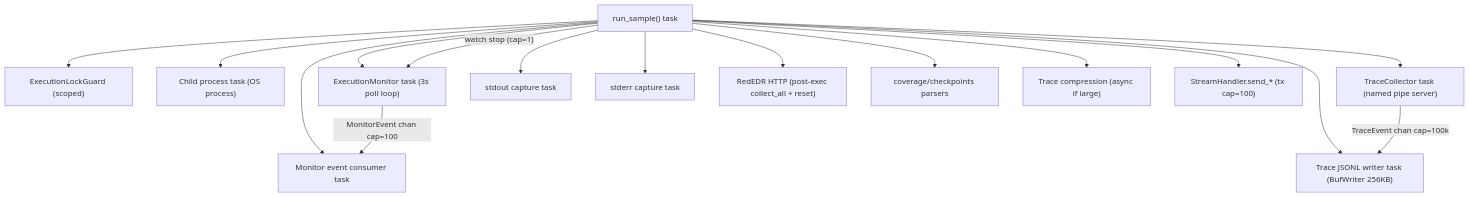
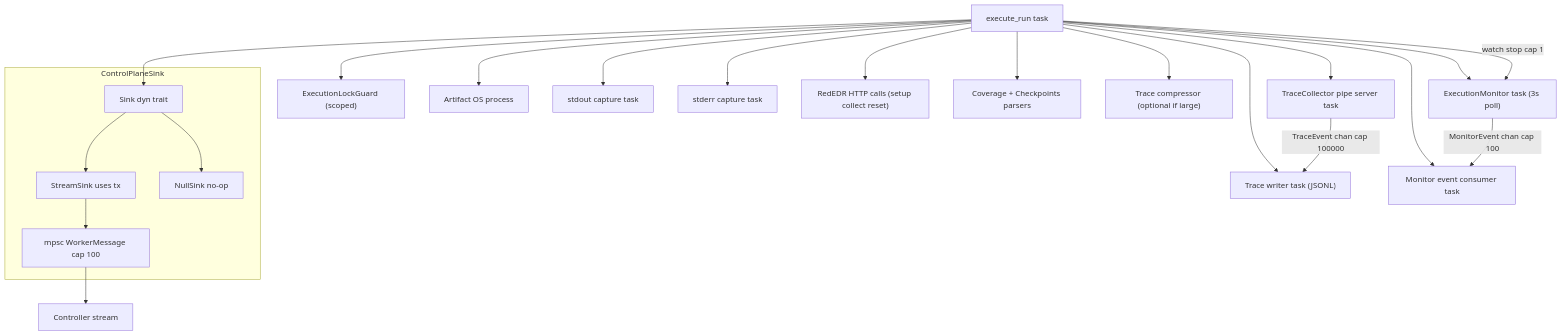
One commit to 2Tricky4u/Automated-Analysis-and-Mutation-of-Software-Artifacts-against-AV-EDR changed the sixth of 7 diagrams in worker/agent/architecture.md. Above: the diagram before and after it, drawn with Mermaid. The commit also changed other lines of this file and 4 other files, not shown here.

````diff
--- a/worker/agent/architecture.md
+++ b/worker/agent/architecture.md
@@ -218,23 +327,37 @@
 ```mermaid
 flowchart TB
-  RS["run_sample() task"] --> LOCK["ExecutionLockGuard (scoped)"]
+  REQ["execute_run task"]
+  REQ --> LOCK["ExecutionLockGuard (scoped)"]
 
-  RS --> PROC["Child process task (OS process)"]
-  RS --> MON["ExecutionMonitor task (3s poll loop)"]
-  RS --> PIPE["TraceCollector task (named pipe server)"]
-  RS --> WR["Trace JSONL writer task (BufWriter 256KB)"]
-  RS --> OUT1["stdout capture task"]
-  RS --> OUT2["stderr capture task"]
-  RS --> CONS["Monitor event consumer task"]
+  %% spawned / concurrent activities
+  REQ --> PROC["Artifact OS process"]
+  REQ --> MON["ExecutionMonitor task (3s poll)"]
+  REQ --> PIPE["TraceCollector pipe server task"]
+  REQ --> WR["Trace writer task (JSONL)"]
+  REQ --> OUT1["stdout capture task"]
+  REQ --> OUT2["stderr capture task"]
+  REQ --> CONS["Monitor event consumer task"]
+  REQ --> RED["RedEDR HTTP calls (setup collect reset)"]
+  REQ --> PARSE["Coverage + Checkpoints parsers"]
+  REQ --> COMP["Trace compressor (optional if large)"]
 
-  PIPE -->|"TraceEvent chan cap=100k"| WR
-  MON -->|"MonitorEvent chan cap=100"| CONS
-  RS -->|"watch stop (cap=1)"| MON
+  %% channels / signals
+  PIPE -->|"TraceEvent chan cap 100000"| WR
+  MON -->|"MonitorEvent chan cap 100"| CONS
+  REQ -->|"watch stop cap 1"| MON
 
-  RS --> RED["RedEDR HTTP (post-exec collect_all + reset)"]
-  RS --> PARSE["coverage/checkpoints parsers"]
-  RS --> COMP["Trace compression (async if large)"]
+  %% controller plumbing via sink
+  subgraph CP["ControlPlaneSink"]
+    SINK["Sink dyn trait"]
+    SS["StreamSink uses tx"]
+    NS["NullSink no-op"]
+    TX["mpsc WorkerMessage cap 100"]
+    SINK --> SS
+    SINK --> NS
+    SS --> TX
+  end
 
-  RS --> SH["StreamHandler.send_* (tx cap=100)"]
+  REQ --> SINK
+  TX --> CTRL["Controller stream"]
 
 ```
````
